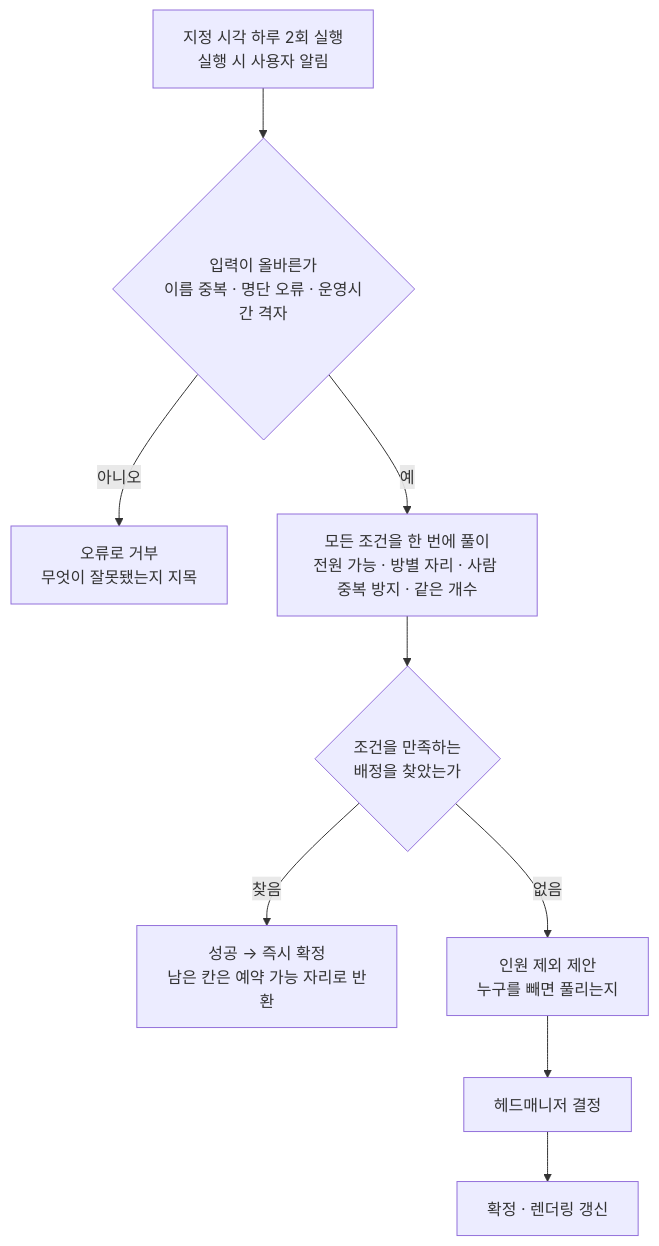
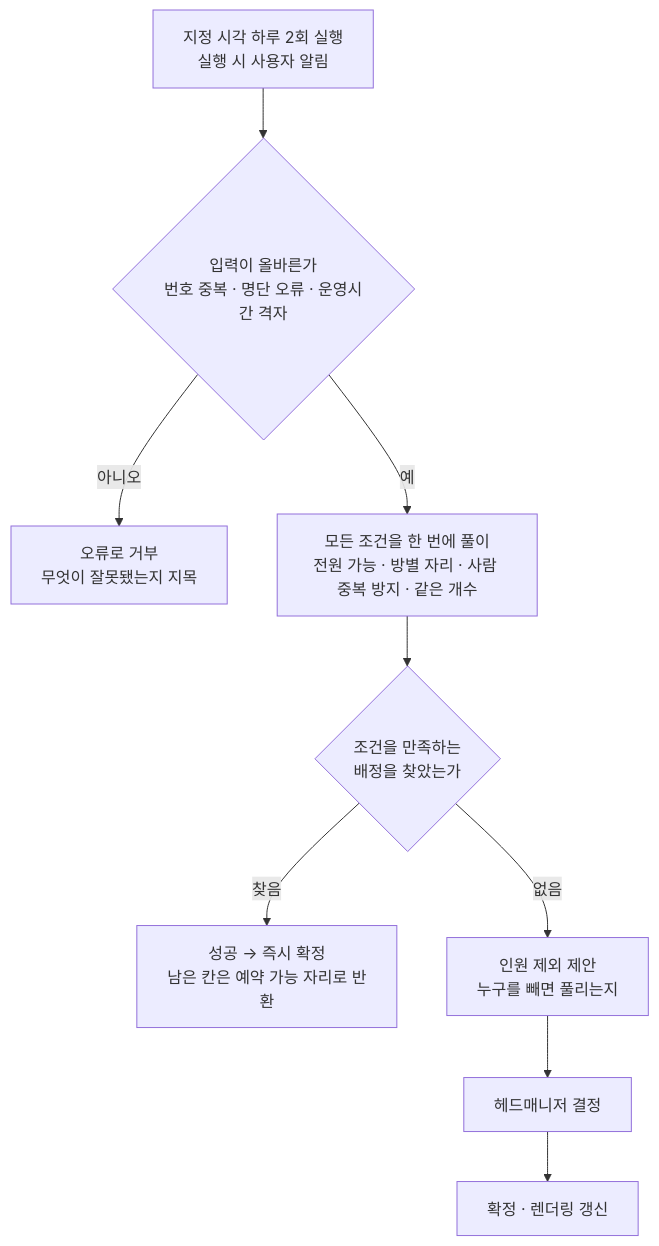
One commit to minkong-dev/Banblit changed the diagram in .cluedoc/auto-assignment/README.md. Above: the diagram before and after it, drawn with Mermaid. The commit also changed other lines of this file and 8 other files, not shown here.

````diff
--- a/.cluedoc/auto-assignment/README.md
+++ b/.cluedoc/auto-assignment/README.md
@@ -13,11 +13,11 @@
 ```mermaid
 flowchart TD
-    T[지정 시각 하루 2회 실행<br/>실행 시 사용자 알림] --> V{입력이 올바른가<br/>이름 중복 · 명단 오류 · 운영시간 격자}
+    T[지정 시각 하루 2회 실행<br/>실행 시 사용자 알림] --> V{입력이 올바른가<br/>번호 중복 · 명단 오류 · 운영시간 격자}
     V -->|아니오| E[오류로 거부<br/>무엇이 잘못됐는지 지목]
     V -->|예| S[모든 조건을 한 번에 풀이<br/>전원 가능 · 방별 자리 · 사람 중복 방지 · 같은 개수]
     S --> Q{조건을 만족하는<br/>배정을 찾았는가}
     Q -->|찾음| OK[성공 → 즉시 확정<br/>남은 칸은 예약 가능 자리로 반환]
     Q -->|없음| P[인원 제외 제안<br/>누구를 빼면 풀리는지]
     P --> H[헤드매니저 결정]
     H --> C[확정 · 렌더링 갱신]
 ```
````
